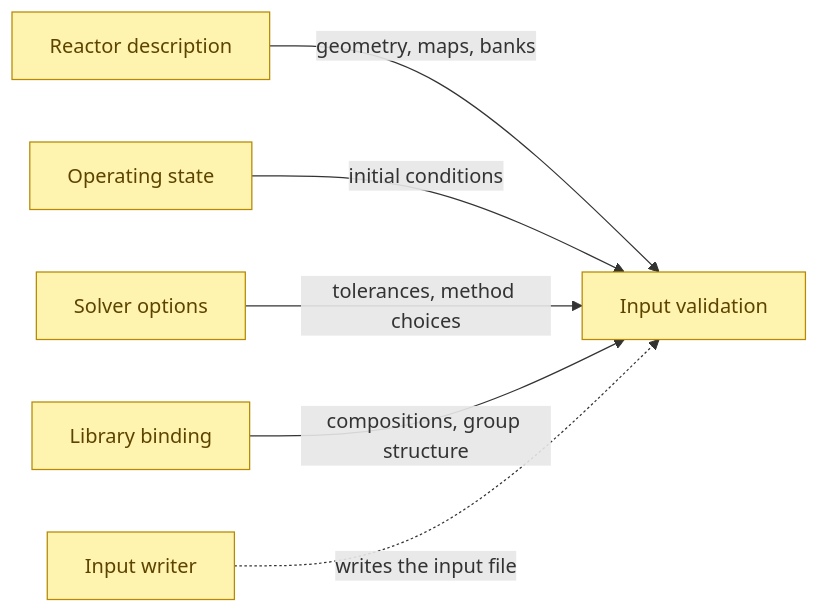
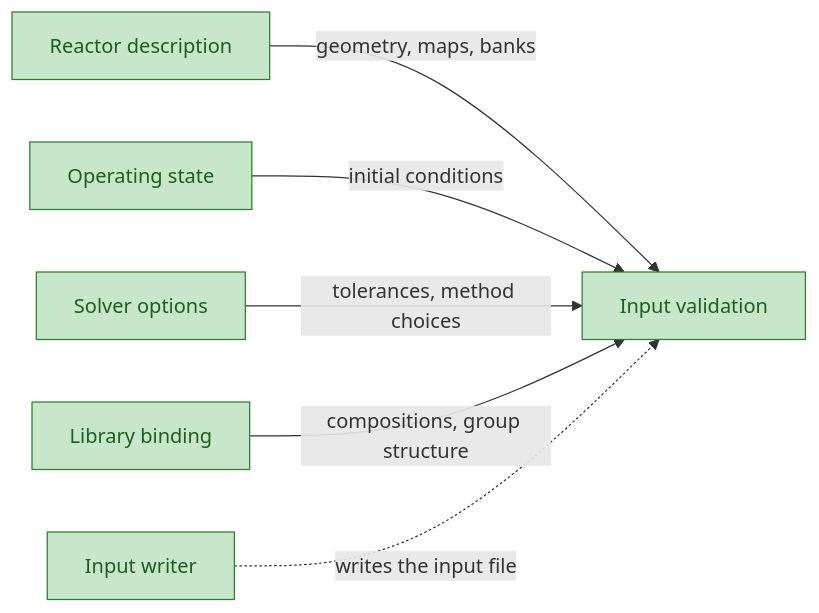
One commit to aurja130/URUS changed the second of 15 diagrams in Planning/DBC/CONCEPTS.md. Above: the diagram before and after it, drawn with Mermaid. The commit also changed other lines of this file and 32 other files, not shown here.

First line of the commit message:
Finish 1.3: problem input reader, cross-section model, input writer

````diff
--- a/Planning/DBC/CONCEPTS.md
+++ b/Planning/DBC/CONCEPTS.md
@@ -59,13 +58,13 @@
 ```mermaid
 flowchart LR
 classDef implemented fill:#c8e6c9,stroke:#2e7d32,color:#1b5e20
 classDef partial fill:#fff3b0,stroke:#b58900,color:#5c4400
 classDef planned stroke-dasharray:6 4
 classDef external fill:#eeeeee,stroke:#9e9e9e,stroke-dasharray:1 3,color:#616161
 ReactorDescription["Reactor description"] -->|geometry, maps, banks| InputValidation["Input validation"]
 OperatingState["Operating state"] -->|initial conditions| InputValidation
 SolverOptions["Solver options"] -->|tolerances, method choices| InputValidation
 LibraryBinding["Library binding"] -->|compositions, group structure| InputValidation
 InputWriter["Input writer"] -.->|writes the input file| InputValidation
-class ReactorDescription,OperatingState,SolverOptions,LibraryBinding,InputValidation,InputWriter partial
+class ReactorDescription,OperatingState,SolverOptions,LibraryBinding,InputValidation,InputWriter implemented
 ```
````
